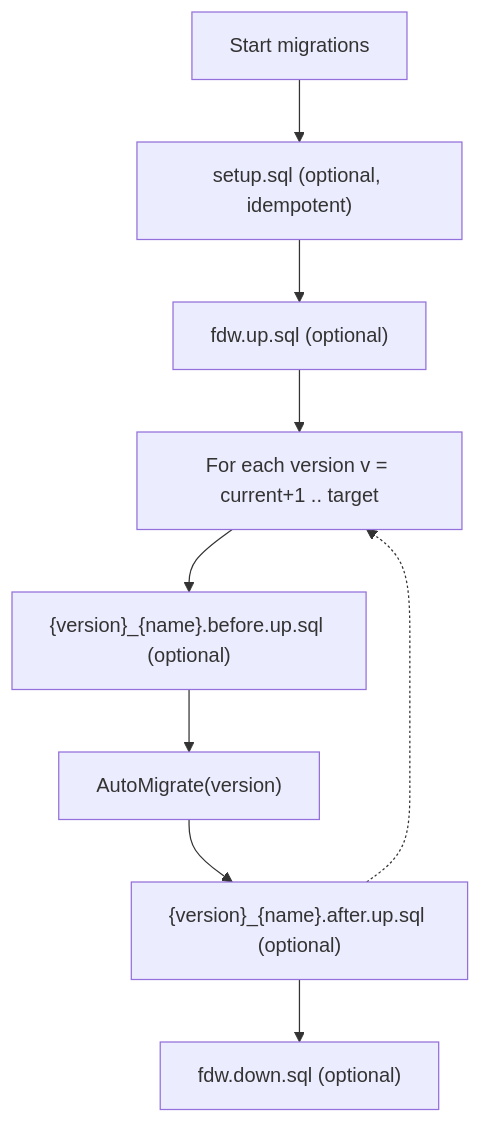
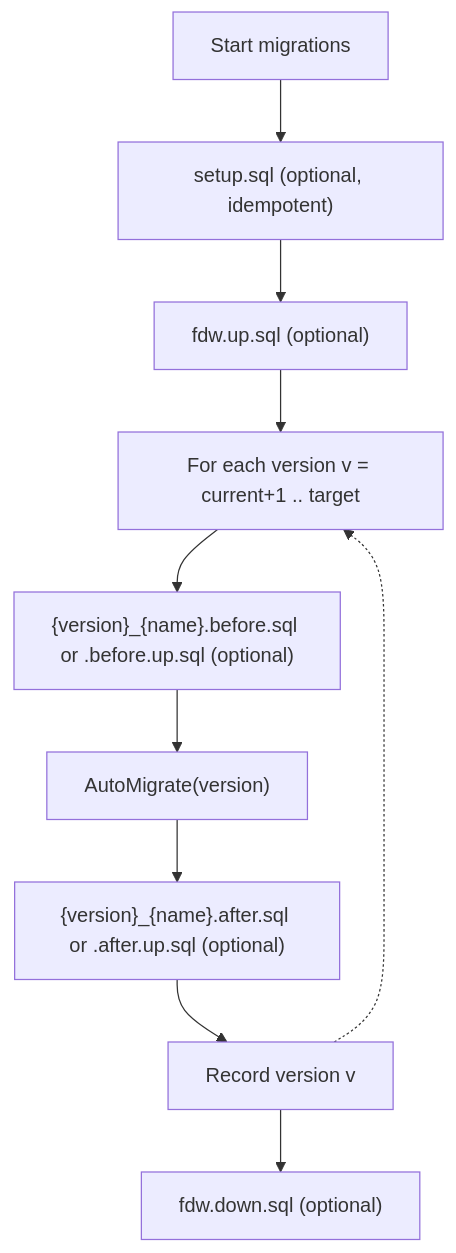
Before and after one commit to d4l-data4life/go-svc: the diagram in docs/migration-versioned.mmd, drawn with Mermaid. The commit also changed 9 other files, not shown here.

Commit message:
Refine versioned migration flow

```diff
--- a/docs/migration-versioned.mmd
+++ b/docs/migration-versioned.mmd
@@ -1,11 +1,12 @@
 flowchart TB
   %% Versioned Migration Logic (WithVersionedMigrationFunc)
 
   B0["Start migrations"] --> B1["setup.sql (optional, idempotent)"]
   B1 --> B2["fdw.up.sql (optional)"]
   B2 --> V1["For each version v = current+1 .. target"]
-  V1 --> V2["{version}_{name}.before.up.sql (optional)"]
+  V1 --> V2["{version}_{name}.before.sql or .before.up.sql (optional)"]
   V2 --> V3["AutoMigrate(version)"]
-  V3 --> V4["{version}_{name}.after.up.sql (optional)"]
-  V4 -.-> V1
-  V4 --> B3["fdw.down.sql (optional)"]
+  V3 --> V4["{version}_{name}.after.sql or .after.up.sql (optional)"]
+  V4 --> V5["Record version v"]
+  V5 -.-> V1
+  V5 --> B3["fdw.down.sql (optional)"]
```
